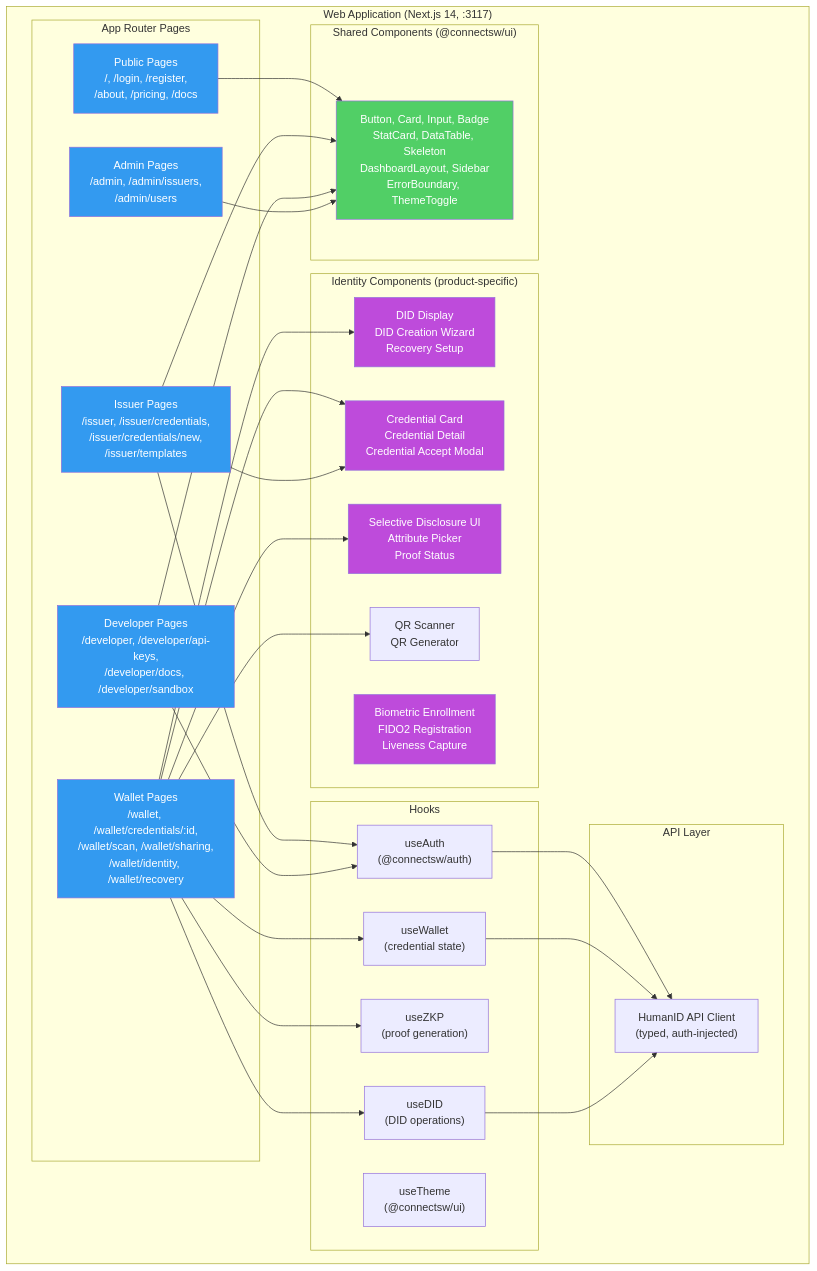
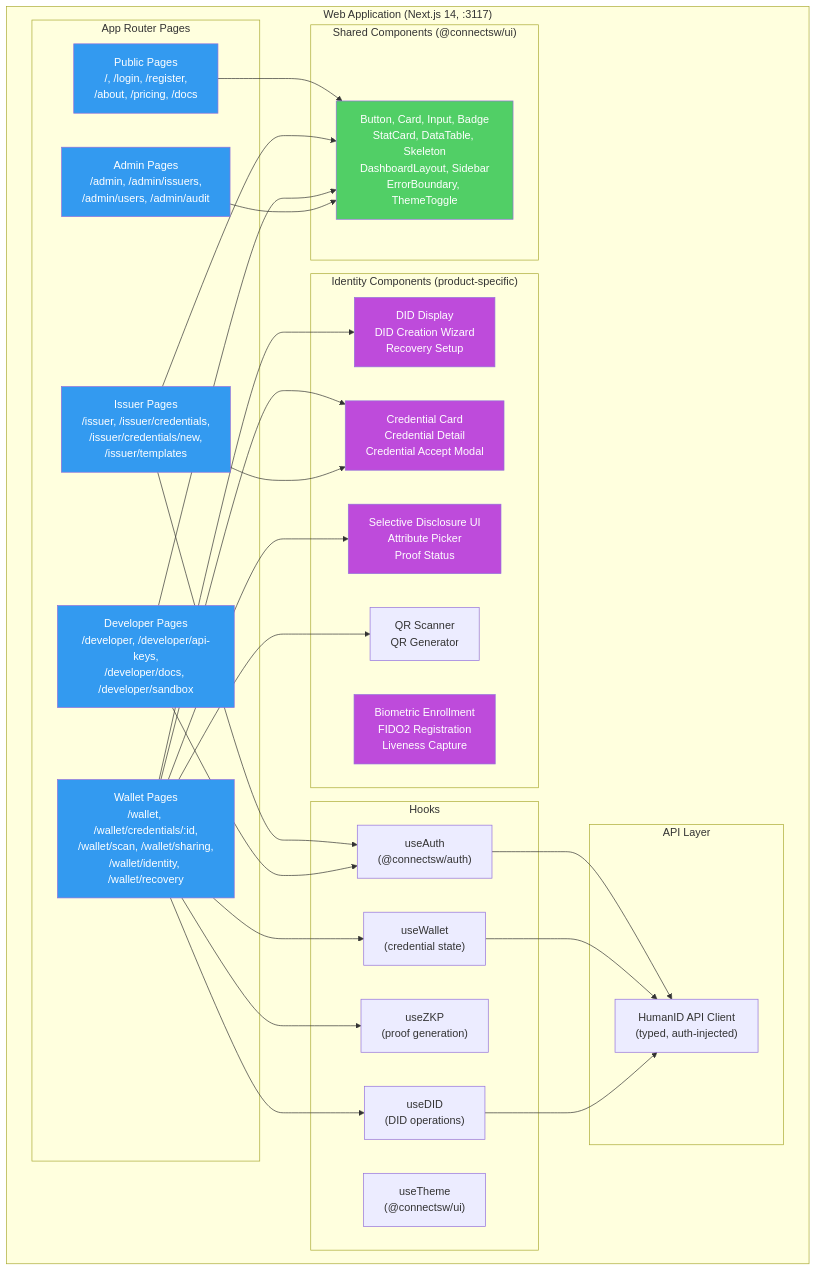
The fifth of 18 diagrams in products/humanid/docs/architecture.md (Tamoura/KarimSW), drawn with Mermaid before and after one commit. The commit also changed other lines of this file and 15 other files, not shown here.

````diff
--- a/products/humanid/docs/architecture.md
+++ b/products/humanid/docs/architecture.md
@@ -282,61 +282,61 @@
 ```mermaid
 graph TD
     subgraph "Web Application (Next.js 14, :3117)"
         subgraph "App Router Pages"
             PUB["Public Pages<br/>/, /login, /register,<br/>/about, /pricing, /docs"]
             WALLET_P["Wallet Pages<br/>/wallet, /wallet/credentials/:id,<br/>/wallet/scan, /wallet/sharing,<br/>/wallet/identity, /wallet/recovery"]
             ISSUER_P["Issuer Pages<br/>/issuer, /issuer/credentials,<br/>/issuer/credentials/new,<br/>/issuer/templates"]
             DEV_P["Developer Pages<br/>/developer, /developer/api-keys,<br/>/developer/docs, /developer/sandbox"]
-            ADMIN_P["Admin Pages<br/>/admin, /admin/issuers,<br/>/admin/users"]
+            ADMIN_P["Admin Pages<br/>/admin, /admin/issuers,<br/>/admin/users, /admin/audit"]
         end
 
         subgraph "Shared Components (@connectsw/ui)"
             UI["Button, Card, Input, Badge<br/>StatCard, DataTable, Skeleton<br/>DashboardLayout, Sidebar<br/>ErrorBoundary, ThemeToggle"]
         end
 
         subgraph "Identity Components (product-specific)"
             DID_COMP["DID Display<br/>DID Creation Wizard<br/>Recovery Setup"]
             CRED_COMP["Credential Card<br/>Credential Detail<br/>Credential Accept Modal"]
             ZKP_COMP["Selective Disclosure UI<br/>Attribute Picker<br/>Proof Status"]
             QR_COMP["QR Scanner<br/>QR Generator"]
             BIO_COMP["Biometric Enrollment<br/>FIDO2 Registration<br/>Liveness Capture"]
         end
 
         subgraph "Hooks"
             AUTH_H["useAuth<br/>(@connectsw/auth)"]
             WALLET_H["useWallet<br/>(credential state)"]
             DID_H["useDID<br/>(DID operations)"]
             ZKP_H["useZKP<br/>(proof generation)"]
             THEME_H["useTheme<br/>(@connectsw/ui)"]
         end
 
         subgraph "API Layer"
             API_CLIENT["HumanID API Client<br/>(typed, auth-injected)"]
         end
     end
 
     PUB --> UI
     WALLET_P --> DID_COMP & CRED_COMP & ZKP_COMP & QR_COMP
     ISSUER_P --> CRED_COMP & UI
     DEV_P --> UI
     ADMIN_P --> UI
 
     WALLET_P --> WALLET_H & DID_H & ZKP_H
     ISSUER_P --> AUTH_H
     DEV_P --> AUTH_H
 
     AUTH_H --> API_CLIENT
     WALLET_H --> API_CLIENT
     DID_H --> API_CLIENT
 
     style PUB fill:#339af0,color:#fff
     style WALLET_P fill:#339af0,color:#fff
     style ISSUER_P fill:#339af0,color:#fff
     style DEV_P fill:#339af0,color:#fff
     style ADMIN_P fill:#339af0,color:#fff
     style UI fill:#51cf66,color:#fff
     style DID_COMP fill:#be4bdb,color:#fff
     style CRED_COMP fill:#be4bdb,color:#fff
     style ZKP_COMP fill:#be4bdb,color:#fff
     style BIO_COMP fill:#be4bdb,color:#fff
 ```
````
